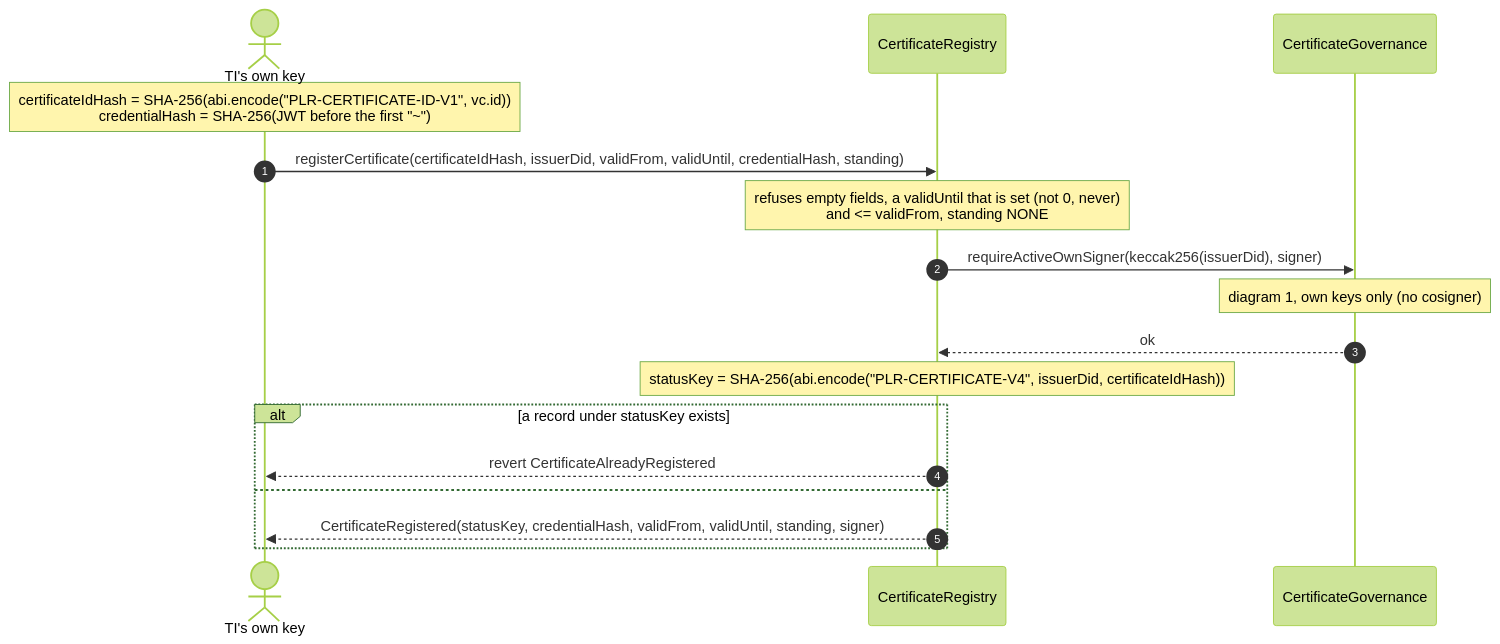
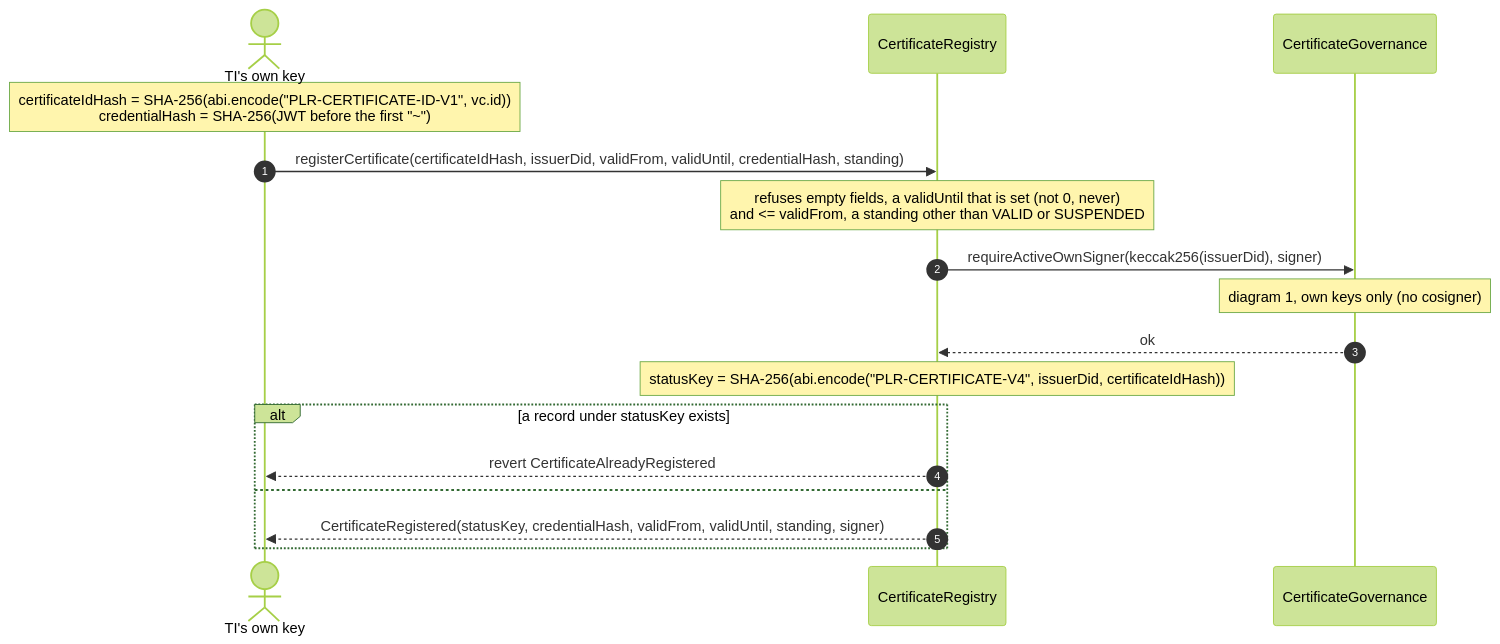
Before and after one commit to fiit-ba/ebsi-licences-for-cybersecurity-managers: the third of 9 diagrams in contracts/docs/sequence-diagrams.md, drawn with Mermaid (forest theme). The commit also changed 11 other files, not shown here.

Commit message:
fix: Register a certificate only as VALID or SUSPENDED, so every revocation takes the quorum

````diff
--- a/contracts/docs/sequence-diagrams.md
+++ b/contracts/docs/sequence-diagrams.md
@@ -136,20 +136,20 @@
 ```mermaid
 sequenceDiagram
     autonumber
     actor S as TI's own key
     participant R as CertificateRegistry
     participant G as CertificateGovernance
 
     Note over S: certificateIdHash = SHA-256(abi.encode("PLR-CERTIFICATE-ID-V1", vc.id))<br/>credentialHash = SHA-256(JWT before the first "~")
     S->>R: registerCertificate(certificateIdHash, issuerDid, validFrom, validUntil, credentialHash, standing)
-    Note over R: refuses empty fields, a validUntil that is set (not 0, never)<br/>and <= validFrom, standing NONE
+    Note over R: refuses empty fields, a validUntil that is set (not 0, never)<br/>and <= validFrom, a standing other than VALID or SUSPENDED
     R->>G: requireActiveOwnSigner(keccak256(issuerDid), signer)
     Note over G: diagram 1, own keys only (no cosigner)
     G-->>R: ok
     Note over R: statusKey = SHA-256(abi.encode("PLR-CERTIFICATE-V4", issuerDid, certificateIdHash))
     alt a record under statusKey exists
         R-->>S: revert CertificateAlreadyRegistered
     else
         R-->>S: CertificateRegistered(statusKey, credentialHash, validFrom, validUntil, standing, signer)
     end
 ```
````
